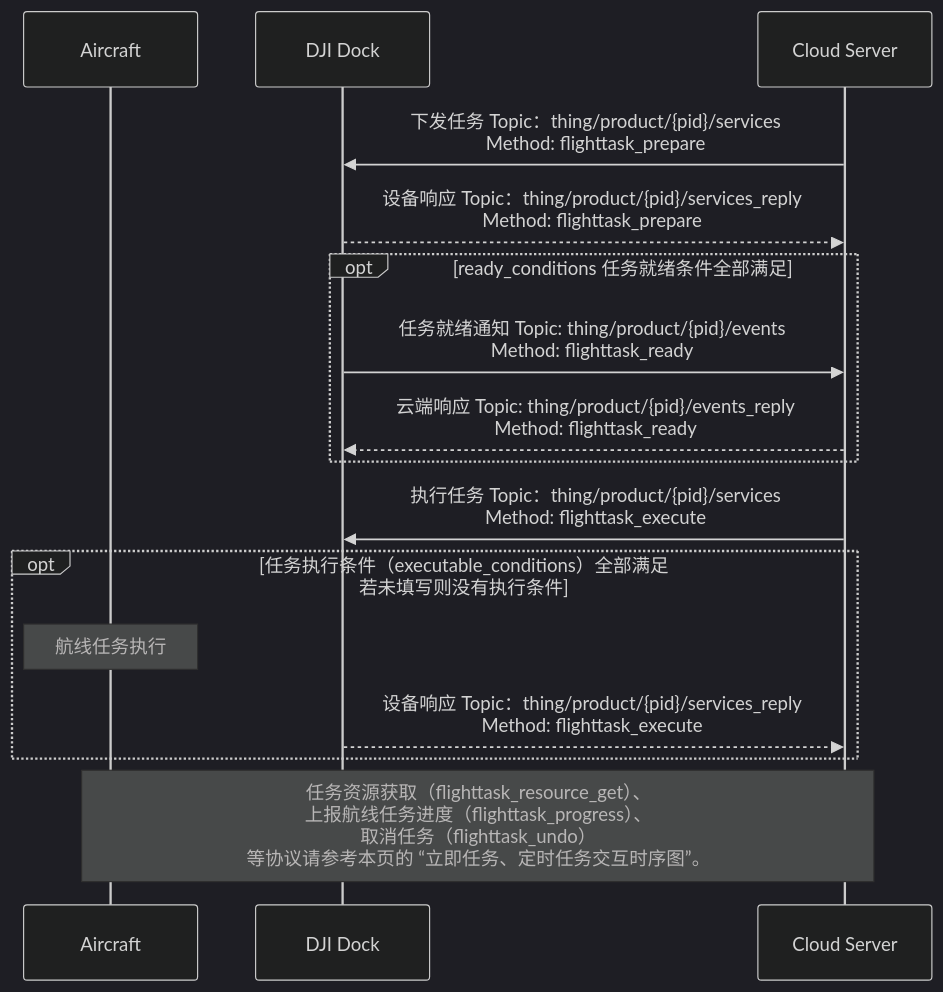
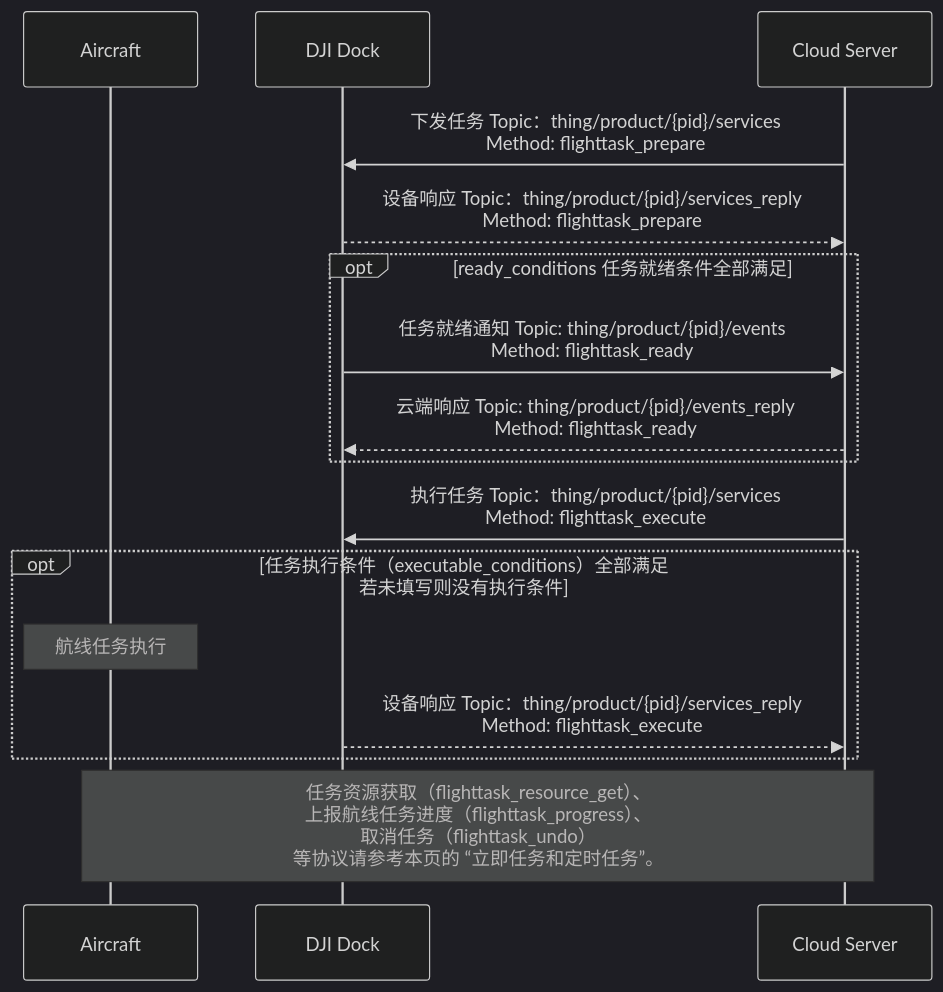
One commit to dji-sdk/Cloud-API-Doc changed the second of 2 diagrams in docs/cn/30.feature-set/20.dock-feature-set/50.dock-wayline-management.md. Above: the diagram before and after it, drawn with Mermaid (dark theme). The commit also changed other lines of this file and 43 other files, not shown here.

````diff
--- a/docs/cn/30.feature-set/20.dock-feature-set/50.dock-wayline-management.md
+++ b/docs/cn/30.feature-set/20.dock-feature-set/50.dock-wayline-management.md
@@ -68,24 +66,24 @@
 ```mermaid
 sequenceDiagram
 
 participant object as Aircraft
 participant client as DJI Dock
 participant server as Cloud Server
 
 server ->> client: 下发任务 Topic：thing/product/{pid}/services<br/>Method: flighttask_prepare
 client -->> server: 设备响应 Topic：thing/product/{pid}/services_reply<br/>Method: flighttask_prepare
 
 opt ready_conditions 任务就绪条件全部满足
 client ->> server: 任务就绪通知 Topic: thing/product/{pid}/events<br/>Method: flighttask_ready
 server -->> client: 云端响应 Topic: thing/product/{pid}/events_reply<br/>Method: flighttask_ready
 end
 
 server ->> client: 执行任务 Topic：thing/product/{pid}/services<br/>Method: flighttask_execute
 opt 任务执行条件（executable_conditions）全部满足<br/>若未填写则没有执行条件
 note over object: 航线任务执行
 client -->> server: 设备响应 Topic：thing/product/{pid}/services_reply<br/>Method: flighttask_execute
 end
 
-note over object, server: 任务资源获取（flighttask_resource_get）、<br/>上报航线任务进度（flighttask_progress）、<br/>取消任务（flighttask_undo）<br/>等协议请参考本页的 “立即任务、定时任务交互时序图”。
+note over object, server: 任务资源获取（flighttask_resource_get）、<br/>上报航线任务进度（flighttask_progress）、<br/>取消任务（flighttask_undo）<br/>等协议请参考本页的 “立即任务和定时任务”。
 
 ```
````
